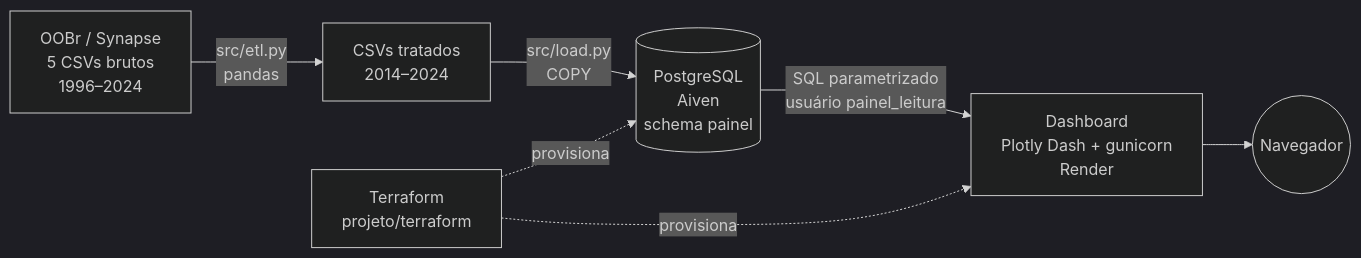
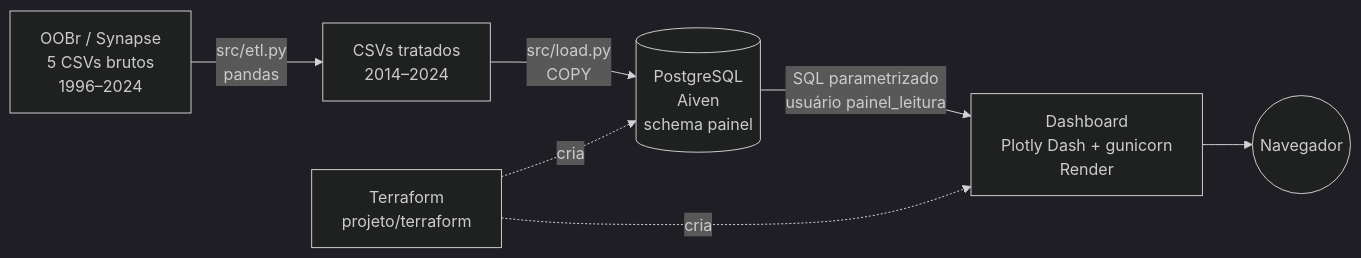
One commit to diego7k/projeto_pmm changed the diagram in README.md. Above: the diagram before and after it, drawn with Mermaid (dark theme). The commit also changed other lines of this file and 2 other files, not shown here.

````diff
--- a/README.md
+++ b/README.md
@@ -37,9 +35,9 @@
 ```mermaid
 flowchart LR
     A[OOBr / Synapse<br/>5 CSVs brutos<br/>1996–2024] -->|src/etl.py<br/>pandas| B[CSVs tratados<br/>2014–2024]
     B -->|src/load.py<br/>COPY| C[(PostgreSQL<br/>Aiven<br/>schema painel)]
     C -->|SQL parametrizado<br/>usuário painel_leitura| D[Dashboard<br/>Plotly Dash + gunicorn<br/>Render]
     D --> E((Navegador))
-    T[Terraform<br/>projeto/terraform] -.provisiona.-> C
-    T -.provisiona.-> D
+    T[Terraform<br/>projeto/terraform] -.cria.-> C
+    T -.cria.-> D
 ```
````
